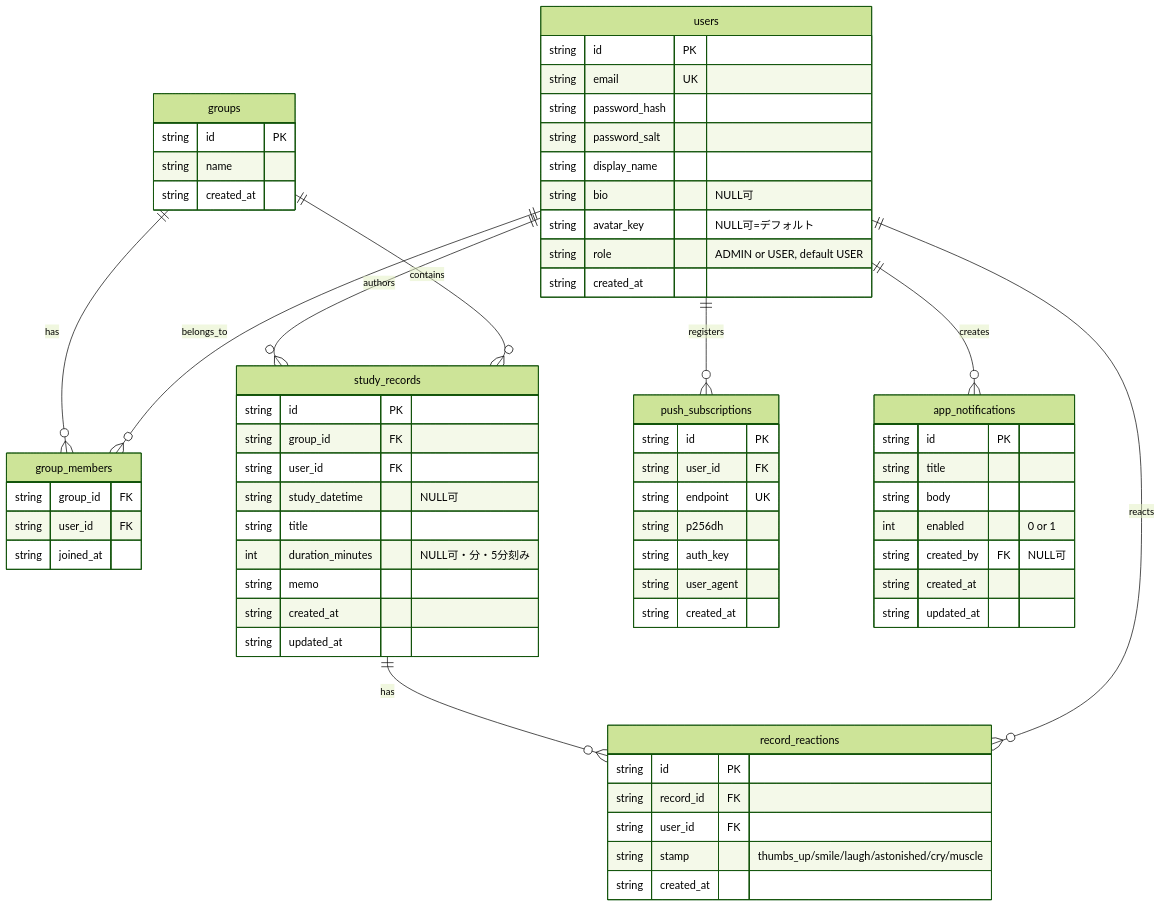
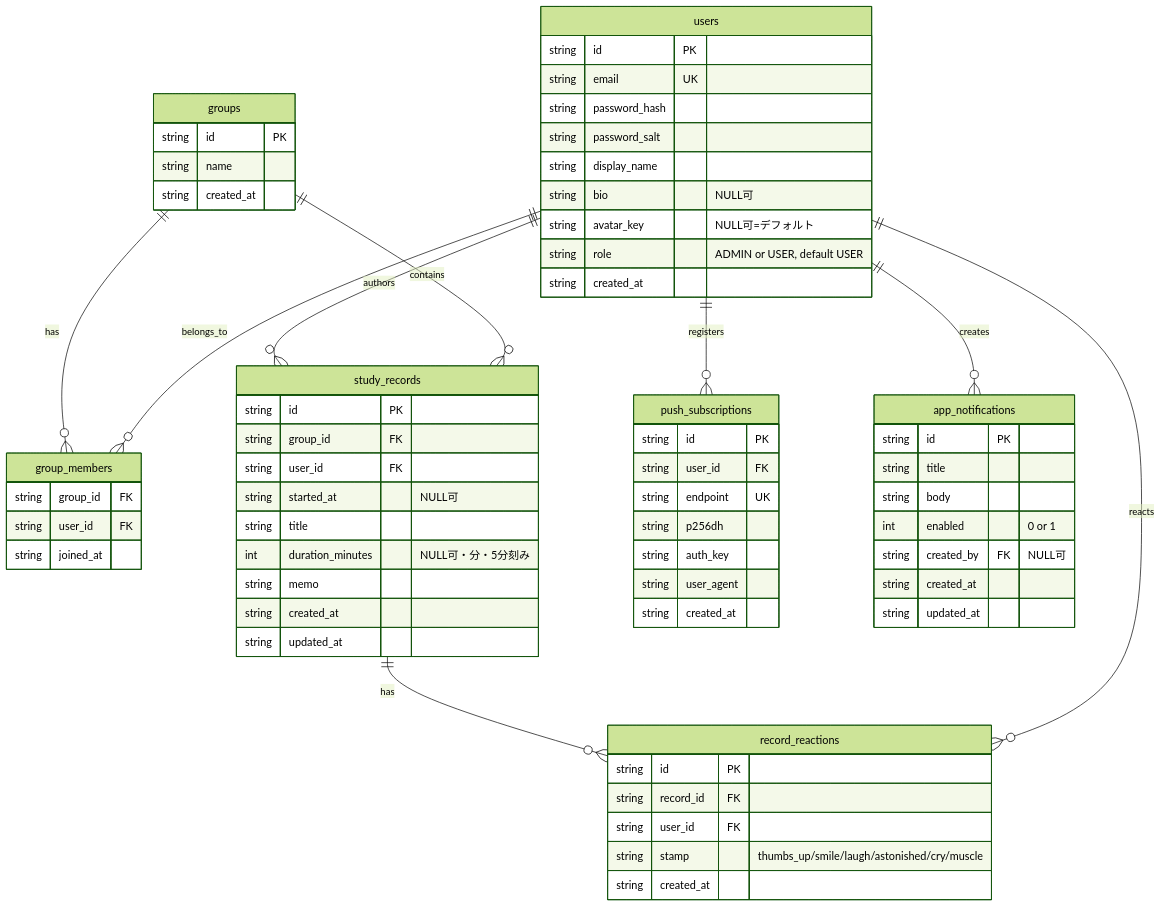
One commit to Hossori/shared-study-logger changed the diagram in docs/data-model.md. Above: the diagram before and after it, drawn with Mermaid (forest theme). The commit also changed other lines of this file and 19 other files, not shown here.

Commit message:
feat: study_datetime を started_at に改名し学習時間とペア制約する

````diff
--- a/docs/data-model.md
+++ b/docs/data-model.md
@@ -8,69 +8,69 @@
 ```mermaid
 erDiagram
   users ||--o{ group_members : belongs_to
   groups ||--o{ group_members : has
   groups ||--o{ study_records : contains
   users ||--o{ study_records : authors
   users ||--o{ record_reactions : reacts
   study_records ||--o{ record_reactions : has
   users ||--o{ push_subscriptions : registers
   users ||--o{ app_notifications : creates
 
   users {
     string id PK
     string email UK
     string password_hash
     string password_salt
     string display_name
     string bio "NULL可"
     string avatar_key "NULL可=デフォルト"
     string role "ADMIN or USER, default USER"
     string created_at
   }
   groups {
     string id PK
     string name
     string created_at
   }
   group_members {
     string group_id FK
     string user_id FK
     string joined_at
   }
   study_records {
     string id PK
     string group_id FK
     string user_id FK
-    string study_datetime "NULL可"
+    string started_at "NULL可"
     string title
     int duration_minutes "NULL可・分・5分刻み"
     string memo
     string created_at
     string updated_at
   }
   record_reactions {
     string id PK
     string record_id FK
     string user_id FK
     string stamp "thumbs_up/smile/laugh/astonished/cry/muscle"
     string created_at
   }
   push_subscriptions {
     string id PK
     string user_id FK
     string endpoint UK
     string p256dh
     string auth_key
     string user_agent
     string created_at
   }
   app_notifications {
     string id PK
     string title
     string body
     int enabled "0 or 1"
     string created_by FK "NULL可"
     string created_at
     string updated_at
   }
 ```
````
